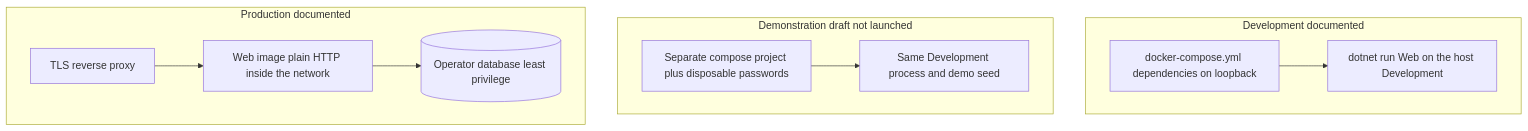
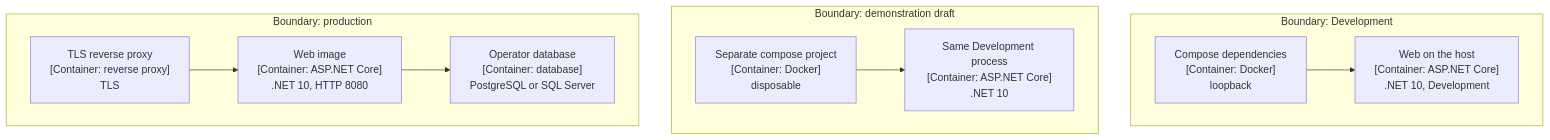
The fifth of 5 diagrams in docs/presentation/defence-draft/diagrams.md (sabysabashvily/EclipsVault), drawn with Mermaid before and after one commit. The commit also changed other lines of this file and 11 other files, not shown here.

First line of the commit message:
Draw the vault as one C4 system and render the diagrams

````diff
--- a/docs/presentation/defence-draft/diagrams.md
+++ b/docs/presentation/defence-draft/diagrams.md
@@ -239,20 +251,20 @@
 ```mermaid
 flowchart TB
-  subgraph development [Development documented]
-    compose[docker-compose.yml dependencies on loopback]
-    host[dotnet run Web on the host Development]
-    compose --> host
+  subgraph development ["Boundary: Development"]
+    compose["Compose dependencies<br/>[Container: Docker]<br/>loopback"]
+    host["Web on the host<br/>[Container: ASP.NET Core]<br/>.NET 10, Development"]
   end
-  subgraph demonstration [Demonstration draft not launched]
-    disposable[Separate compose project plus disposable passwords]
-    demoapp[Same Development process and demo seed]
-    disposable --> demoapp
+  subgraph demonstration ["Boundary: demonstration draft"]
+    disposable["Separate compose project<br/>[Container: Docker]<br/>disposable"]
+    demoapp["Same Development process<br/>[Container: ASP.NET Core]<br/>.NET 10"]
   end
-  subgraph production [Production documented]
-    proxy[TLS reverse proxy]
-    image[Web image plain HTTP inside the network]
-    proddb[(Operator database least privilege)]
-    proxy --> image
-    image --> proddb
+  subgraph production ["Boundary: production"]
+    proxy["TLS reverse proxy<br/>[Container: reverse proxy]<br/>TLS"]
+    image["Web image<br/>[Container: ASP.NET Core]<br/>.NET 10, HTTP 8080"]
+    proddb["Operator database<br/>[Container: database]<br/>PostgreSQL or SQL Server"]
   end
+  compose --> host
+  disposable --> demoapp
+  proxy --> image
+  image --> proddb
 ```
````
